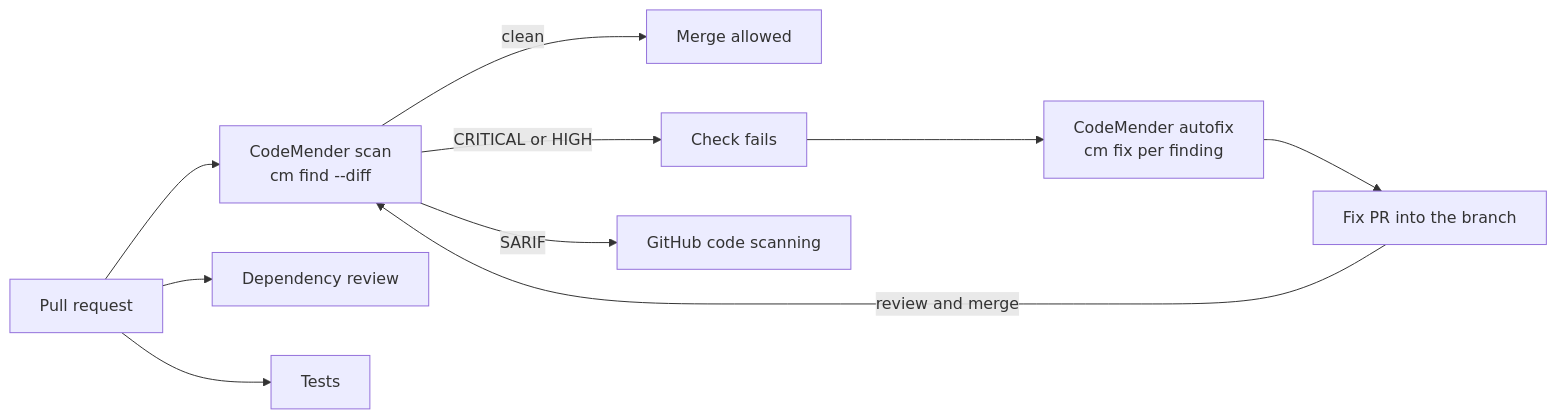
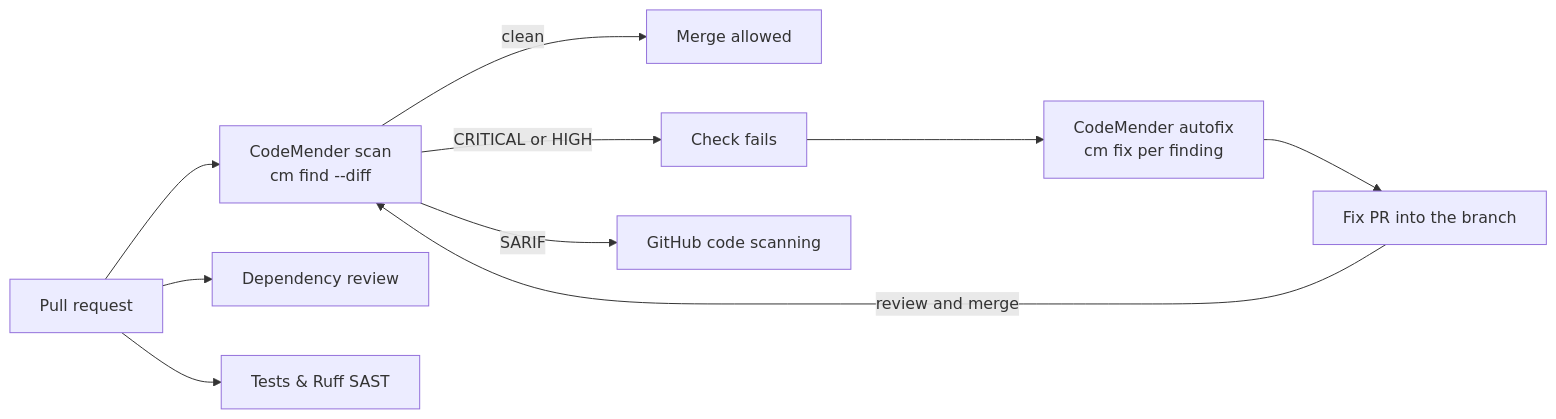
Before and after one commit to eggboy/hardened-ci-demo: the second of 2 diagrams in README.md, drawn with Mermaid. The commit also changed other lines of this file and 12 other files, not shown here.

````diff
--- a/README.md
+++ b/README.md
@@ -7,12 +26,12 @@
 ```mermaid
 flowchart LR
     pr[Pull request] --> scan[CodeMender scan<br/>cm find --diff]
     scan -->|clean| ok[Merge allowed]
     scan -->|CRITICAL or HIGH| fail[Check fails]
     fail --> fix[CodeMender autofix<br/>cm fix per finding]
     fix --> fixpr[Fix PR into the branch]
     fixpr -->|review and merge| scan
     scan -->|SARIF| cs[GitHub code scanning]
     pr --> dr[Dependency review]
-    pr --> tests[Tests]
+    pr --> tests[Tests & Ruff SAST]
 ```
````
